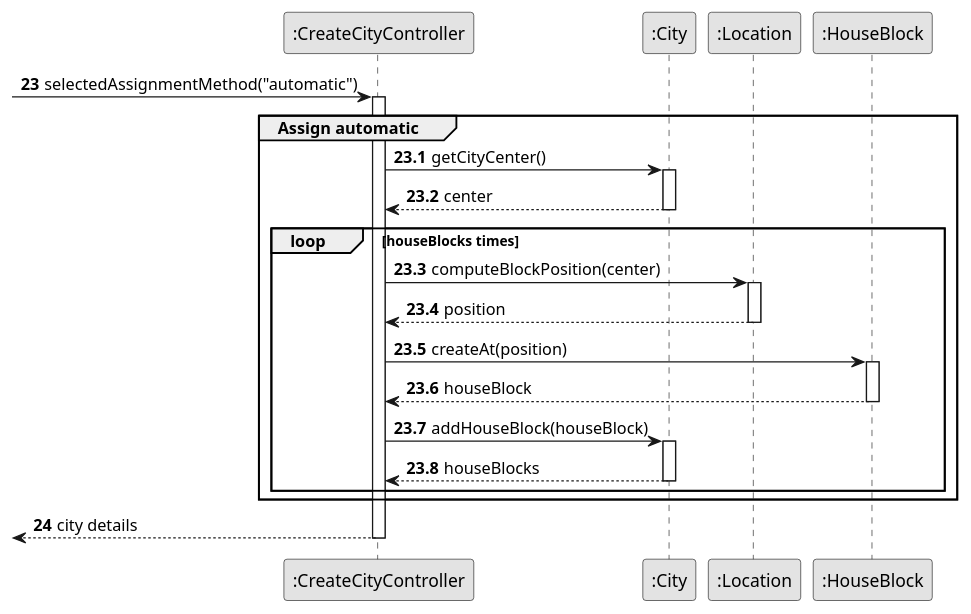
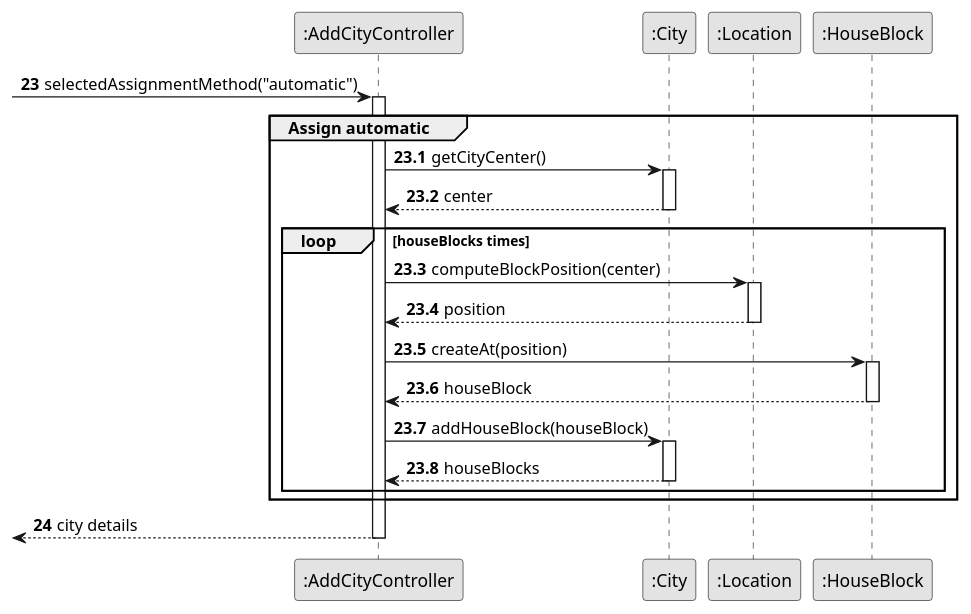
The diagram in docs/system-documentation/US003/03.design/puml/US003-SD-partial-assign-automatic.puml (1240826/empire-on-tracks), drawn with PlantUML before and after one commit. The commit also changed 23 other files, not shown here.

```diff
--- a/docs/system-documentation/US003/03.design/puml/US003-SD-partial-assign-automatic.puml
+++ b/docs/system-documentation/US003/03.design/puml/US003-SD-partial-assign-automatic.puml
@@ -1,47 +1,47 @@
 @startuml
 skinparam monochrome true
 skinparam packageStyle rectangle
 skinparam shadowing false
 
-participant ":CreateCityController" as Controller
+participant ":AddCityController" as Controller
 participant ":City" as City
 participant ":Location" as Location
 participant ":HouseBlock" as HouseBlock
 
 autonumber 23
 -> Controller : selectedAssignmentMethod("automatic")
 autonumber 23.1
 
 
     group Assign automatic
        activate Controller
 
            Controller -> City : getCityCenter()
            activate City
                City --> Controller : center
            deactivate City
 
            loop houseBlocks times
                Controller -> Location : computeBlockPosition(center)
                activate Location
                    Location --> Controller : position
                deactivate Location
 
                Controller -> HouseBlock : createAt(position)
                activate HouseBlock
                    HouseBlock --> Controller : houseBlock
                deactivate HouseBlock
 
                Controller -> City : addHouseBlock(houseBlock)
                activate City
                                City --> Controller : houseBlocks
                                deactivate City
            end
            deactivate City
            end
     autonumber 24
     <-- Controller: city details
 
 deactivate Controller
 
 @enduml
```
